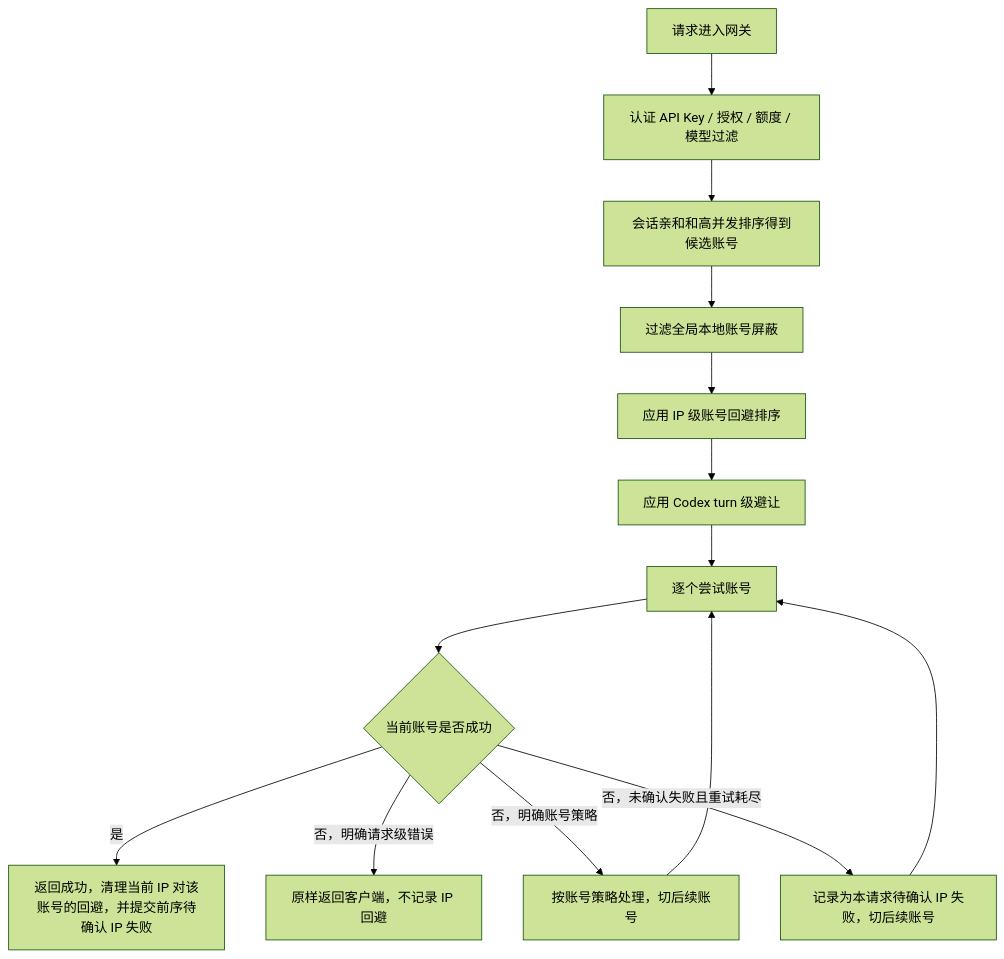
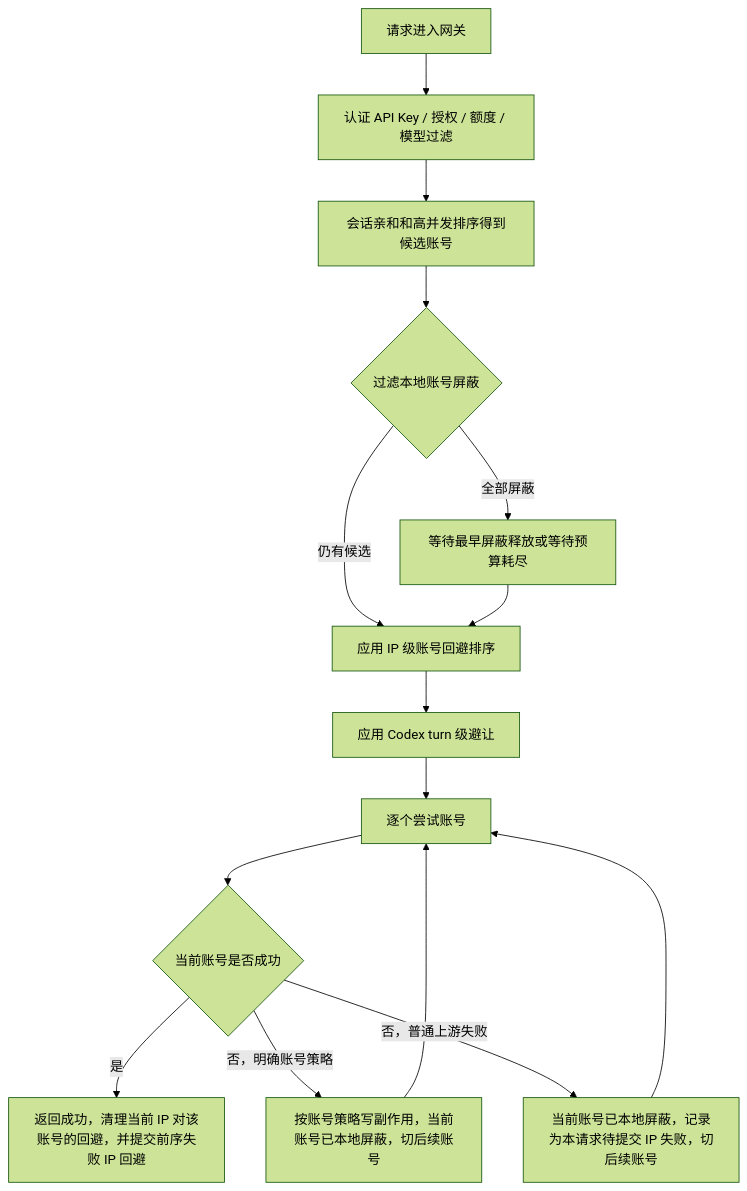
One commit to huanmin123/juhe-ai changed the diagram in docs/functions/IP级账号回避与自动切号设计.md. Above: the diagram before and after it, drawn with Mermaid (forest theme). The commit also changed other lines of this file and 141 other files, not shown here.

````diff
--- a/docs/functions/IP级账号回避与自动切号设计.md
+++ b/docs/functions/IP级账号回避与自动切号设计.md
@@ -71,16 +70,17 @@
 ```mermaid
 flowchart TD
   A["请求进入网关"] --> B["认证 API Key / 授权 / 额度 / 模型过滤"]
   B --> C["会话亲和和高并发排序得到候选账号"]
-  C --> D["过滤全局本地账号屏蔽"]
-  D --> E["应用 IP 级账号回避排序"]
+  C --> D{"过滤本地账号屏蔽"}
+  D -- "仍有候选" --> E["应用 IP 级账号回避排序"]
+  D -- "全部屏蔽" --> D1["等待最早屏蔽释放或等待预算耗尽"]
+  D1 --> E
   E --> F["应用 Codex turn 级避让"]
   F --> G["逐个尝试账号"]
   G --> H{"当前账号是否成功"}
-  H -- "是" --> I["返回成功，清理当前 IP 对该账号的回避，并提交前序待确认 IP 失败"]
-  H -- "否，明确请求级错误" --> J["原样返回客户端，不记录 IP 回避"]
-  H -- "否，明确账号策略" --> K["按账号策略处理，切后续账号"]
-  H -- "否，未确认失败且重试耗尽" --> L["记录为本请求待确认 IP 失败，切后续账号"]
+  H -- "是" --> I["返回成功，清理当前 IP 对该账号的回避，并提交前序失败 IP 回避"]
+  H -- "否，明确账号策略" --> K["按账号策略写副作用，当前账号已本地屏蔽，切后续账号"]
+  H -- "否，普通上游失败" --> L["当前账号已本地屏蔽，记录为本请求待提交 IP 失败，切后续账号"]
   L --> G
   K --> G
 ```
````
